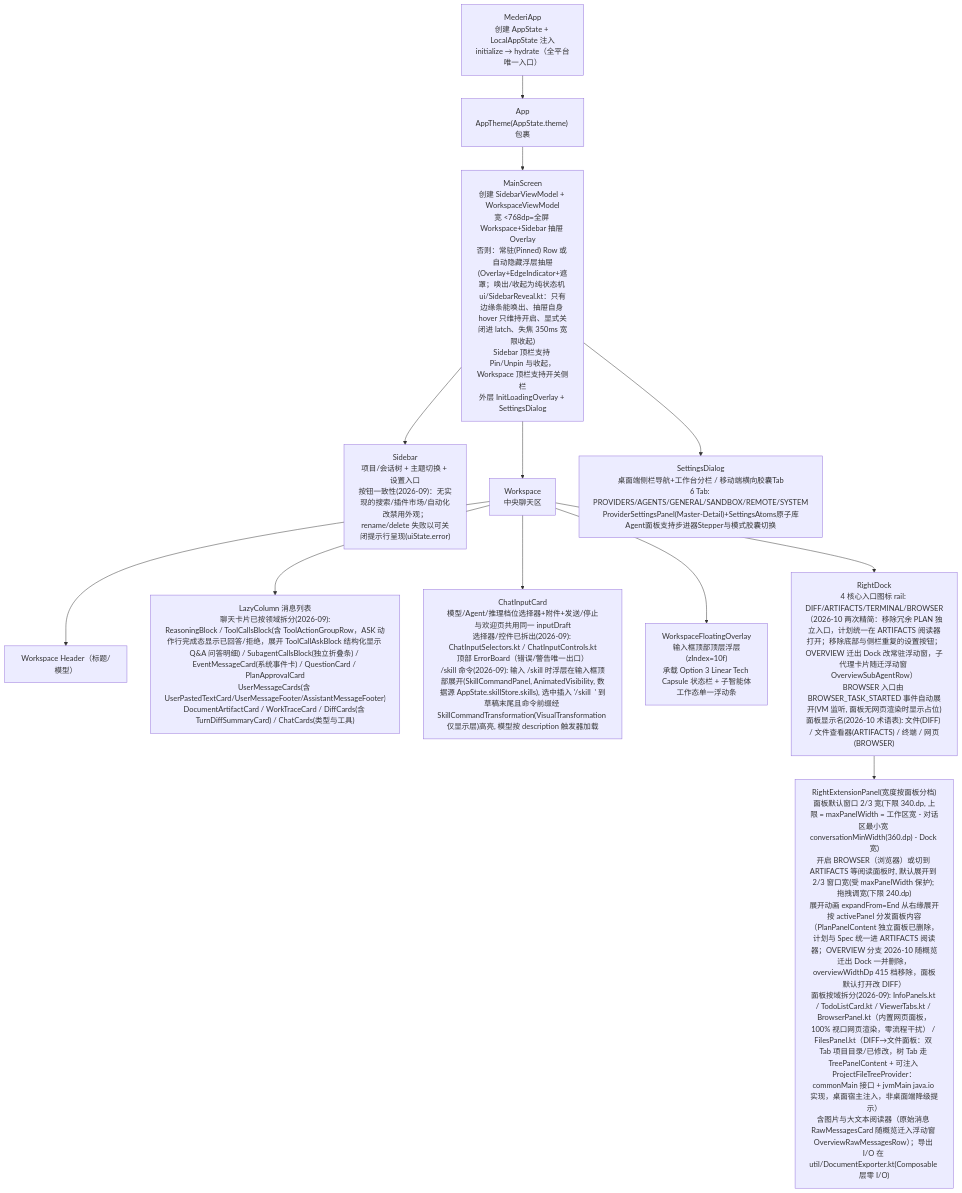
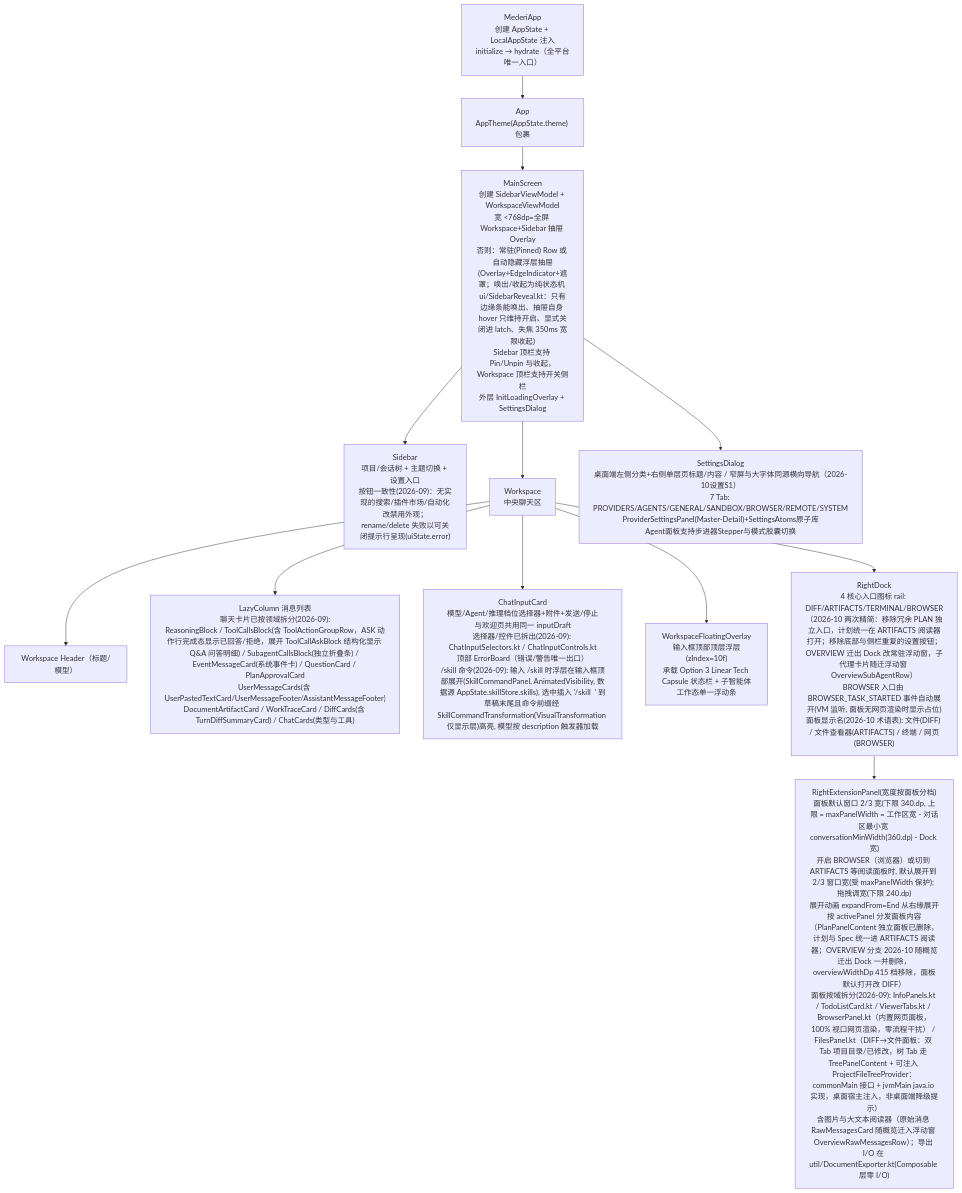
One commit to lzdev42/mederi changed the third of 4 diagrams in docs/architecture/02-app-shared.md. Above: the diagram before and after it, drawn with Mermaid. The commit also changed other lines of this file and 318 other files, not shown here.

````diff
--- a/docs/architecture/02-app-shared.md
+++ b/docs/architecture/02-app-shared.md
@@ -478,24 +478,24 @@
 ```mermaid
 flowchart TD
     MA["MederiApp<br/>创建 AppState + LocalAppState 注入<br/>initialize → hydrate（全平台唯一入口）"]
     APP["App<br/>AppTheme(AppState.theme) 包裹"]
     MS["MainScreen<br/>创建 SidebarViewModel + WorkspaceViewModel<br/>宽 <768dp=全屏 Workspace+Sidebar 抽屉 Overlay<br/>否则：常驻(Pinned) Row 或 自动隐藏浮层抽屉(Overlay+EdgeIndicator+遮罩；唤出/收起为纯状态机 ui/SidebarReveal.kt：只有边缘条能唤出、抽屉自身 hover 只维持开启、显式关闭进 latch、失焦 350ms 宽限收起)<br/>Sidebar 顶栏支持 Pin/Unpin 与收起，Workspace 顶栏支持开关侧栏<br/>外层 InitLoadingOverlay + SettingsDialog"]
     SB["Sidebar<br/>项目/会话树 + 主题切换 + 设置入口<br/>按钮一致性(2026-09)：无实现的搜索/插件市场/自动化改禁用外观；rename/delete 失败以可关闭提示行呈现(uiState.error)"]
     WS["Workspace<br/>中央聊天区"]
     HDR["Workspace Header（标题/模型）"]
     LIST["LazyColumn 消息列表<br/>聊天卡片已按领域拆分(2026-09):<br/>ReasoningBlock / ToolCallsBlock(含 ToolActionGroupRow，ASK 动作行完成态显示已回答/拒绝，展开 ToolCallAskBlock 结构化显示 Q&A 问答明细) / SubagentCallsBlock(独立折叠条) / EventMessageCard(系统事件卡) / QuestionCard / PlanApprovalCard<br/>UserMessageCards(含 UserPastedTextCard/UserMessageFooter/AssistantMessageFooter)<br/>DocumentArtifactCard / WorkTraceCard / DiffCards(含 TurnDiffSummaryCard) / ChatCards(类型与工具)"]
     INPUT["ChatInputCard<br/>模型/Agent/推理档位选择器+附件+发送/停止<br/>与欢迎页共用同一 inputDraft<br/>选择器/控件已拆出(2026-09): ChatInputSelectors.kt / ChatInputControls.kt<br/>顶部 ErrorBoard（错误/警告唯一出口）<br/>/skill 命令(2026-09): 输入 /skill 时浮层在输入框顶部展开(SkillCommandPanel, AnimatedVisibility, 数据源 AppState.skillStore.skills), 选中插入 '/skill <name> ' 到草稿末尾且命令前缀经 SkillCommandTransformation(VisualTransformation 仅显示层)高亮, 模型按 description 触发器加载"]
     WFO["WorkspaceFloatingOverlay<br/>输入框顶部顶层浮层(zIndex=10f)<br/>承载 Option 3 Linear Tech Capsule 状态栏 + 子智能体工作态单一浮动条"]
     DOCK["RightDock<br/>4 核心入口图标 rail: DIFF/ARTIFACTS/TERMINAL/BROWSER（2026-10 两次精简：移除冗余 PLAN 独立入口，计划统一在 ARTIFACTS 阅读器打开；移除底部与侧栏重复的设置按钮；OVERVIEW 迁出 Dock 改常驻浮动窗，子代理卡片随迁浮动窗 OverviewSubAgentRow）<br/>BROWSER 入口由 BROWSER_TASK_STARTED 事件自动展开(VM 监听, 面板无网页渲染时显示占位)<br/>面板显示名(2026-10 术语表): 文件(DIFF) / 文件查看器(ARTIFACTS) / 终端 / 网页(BROWSER)"]
     REP["RightExtensionPanel(宽度按面板分档)<br/>面板默认窗口 2/3 宽(下限 340.dp, 上限 = maxPanelWidth = 工作区宽 - 对话区最小宽 conversationMinWidth(360.dp) - Dock 宽)<br/>开启 BROWSER（浏览器）或切到 ARTIFACTS 等阅读面板时, 默认展开到 2/3 窗口宽(受 maxPanelWidth 保护); 拖拽调宽(下限 240.dp)<br/>展开动画 expandFrom=End 从右缘展开<br/>按 activePanel 分发面板内容（PlanPanelContent 独立面板已删除，计划与 Spec 统一进 ARTIFACTS 阅读器；OVERVIEW 分支 2026-10 随概览迁出 Dock 一并删除，overviewWidthDp 415 档移除，面板默认打开改 DIFF）<br/>面板按域拆分(2026-09): InfoPanels.kt / TodoListCard.kt / ViewerTabs.kt / BrowserPanel.kt（内置网页面板，100% 视口网页渲染，零流程干扰） / FilesPanel.kt（DIFF→文件面板：双 Tab 项目目录/已修改，树 Tab 走 TreePanelContent + 可注入 ProjectFileTreeProvider：commonMain 接口 + jvmMain java.io 实现，桌面宿主注入，非桌面端降级提示）<br/>含图片与大文本阅读器（原始消息 RawMessagesCard 随概览迁入浮动窗 OverviewRawMessagesRow）；导出 I/O 在 util/DocumentExporter.kt(Composable 层零 I/O)"]
-    SD["SettingsDialog<br/>桌面端侧栏导航+工作台分栏 / 移动端横向胶囊Tab<br/>6 Tab: PROVIDERS/AGENTS/GENERAL/SANDBOX/REMOTE/SYSTEM<br/>ProviderSettingsPanel(Master-Detail)+SettingsAtoms原子库<br/>Agent面板支持步进器Stepper与模式胶囊切换"]
+    SD["SettingsDialog<br/>桌面端左侧分类+右侧单层页标题/内容 / 窄屏与大字体同源横向导航（2026-10设置S1）<br/>7 Tab: PROVIDERS/AGENTS/GENERAL/SANDBOX/BROWSER/REMOTE/SYSTEM<br/>ProviderSettingsPanel(Master-Detail)+SettingsAtoms原子库<br/>Agent面板支持步进器Stepper与模式胶囊切换"]
     MA --> APP --> MS
     MS --> SB
     MS --> WS
     WS --> HDR
     WS --> LIST
     WS --> WFO
     WS --> INPUT
     WS --> DOCK --> REP
     MS --> SD
 ```
````
